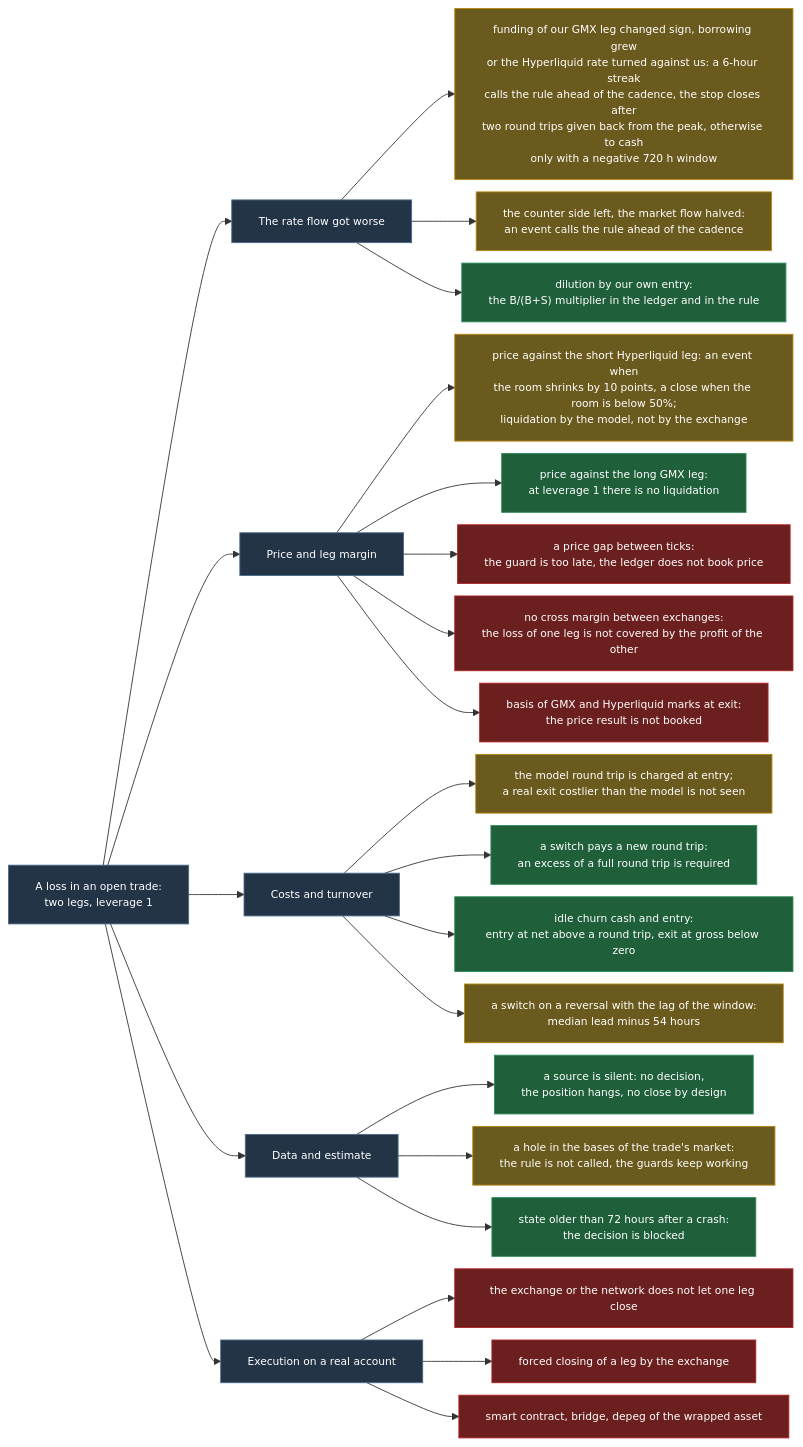
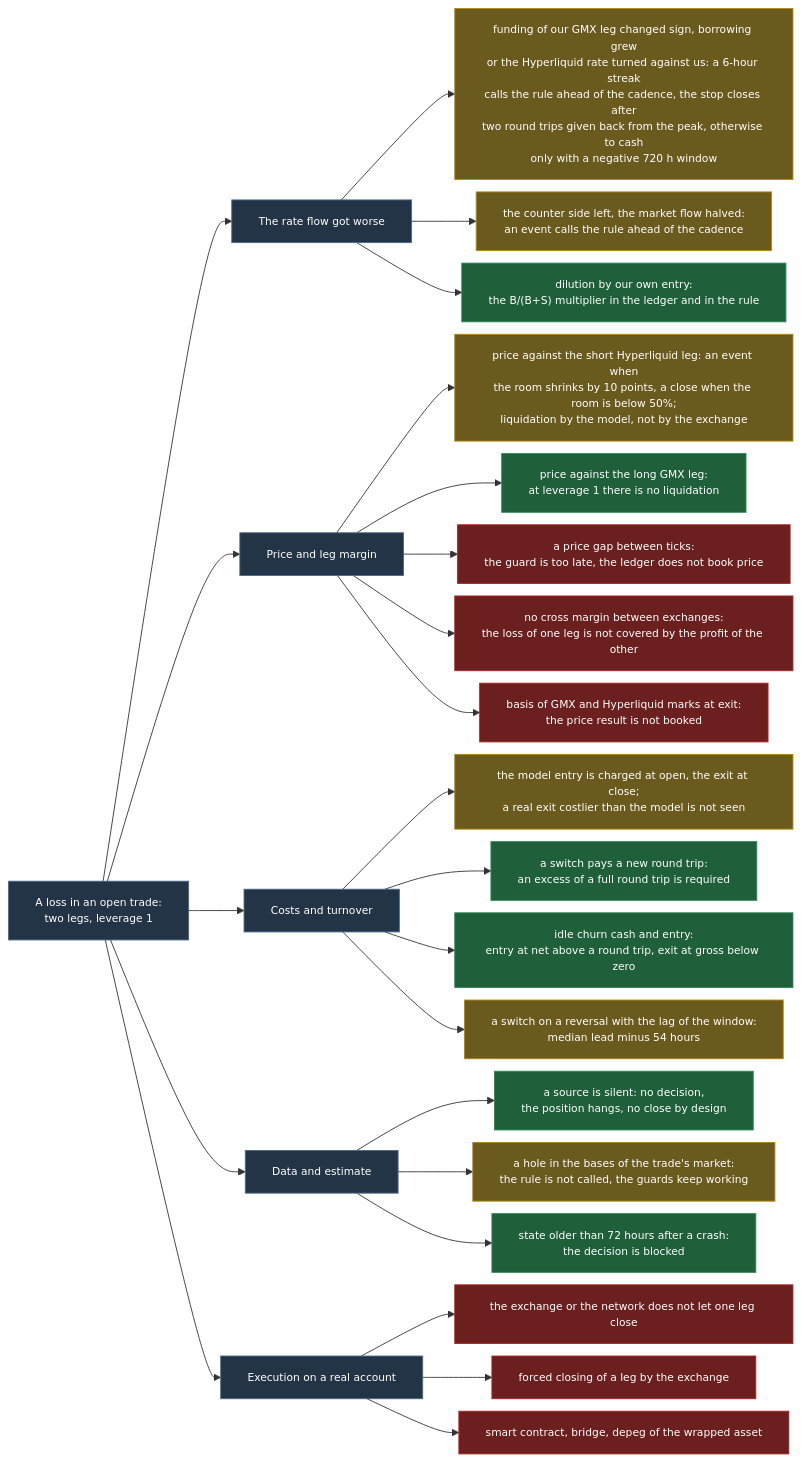
One commit to hamiltonalex/botLab changed the eighth of 8 diagrams in botLab-desktop/docs/bot1-funding-arb-how-it-works.en.md. Above: the diagram before and after it, drawn with Mermaid. The commit also changed other lines of this file and 11 other files, not shown here.

````diff
--- a/botLab-desktop/docs/bot1-funding-arb-how-it-works.en.md
+++ b/botLab-desktop/docs/bot1-funding-arb-how-it-works.en.md
@@ -812,36 +816,36 @@
 ```mermaid
 %%{init: {"themeVariables": {"fontSize": "12px"}, "flowchart": {"nodeSpacing": 14, "rankSpacing": 36, "diagramPadding": 4, "wrappingWidth": 320}}}%%
 flowchart LR
     L["A loss in an open trade:<br/>two legs, leverage 1"]
     L --> A["The rate flow got worse"]
     L --> B["Price and leg margin"]
     L --> C["Costs and turnover"]
     L --> D["Data and estimate"]
     L --> E["Execution on a real account"]
     A --> A1["funding of our GMX leg changed sign, borrowing grew<br/>or the Hyperliquid rate turned against us: a 6-hour streak<br/>calls the rule ahead of the cadence, the stop closes after<br/>two round trips given back from the peak, otherwise to cash<br/>only with a negative 720 h window"]
     A --> A2["the counter side left, the market flow halved:<br/>an event calls the rule ahead of the cadence"]
     A --> A3["dilution by our own entry:<br/>the B/(B+S) multiplier in the ledger and in the rule"]
     B --> B1["price against the short Hyperliquid leg: an event when<br/>the room shrinks by 10 points, a close when the room is below 50%;<br/>liquidation by the model, not by the exchange"]
     B --> B2["price against the long GMX leg:<br/>at leverage 1 there is no liquidation"]
     B --> B3["a price gap between ticks:<br/>the guard is too late, the ledger does not book price"]
     B --> B4["no cross margin between exchanges:<br/>the loss of one leg is not covered by the profit of the other"]
     B --> B5["basis of GMX and Hyperliquid marks at exit:<br/>the price result is not booked"]
-    C --> C1["the model round trip is charged at entry;<br/>a real exit costlier than the model is not seen"]
+    C --> C1["the model entry is charged at open, the exit at close;<br/>a real exit costlier than the model is not seen"]
     C --> C2["a switch pays a new round trip:<br/>an excess of a full round trip is required"]
     C --> C3["idle churn cash and entry:<br/>entry at net above a round trip, exit at gross below zero"]
     C --> C4["a switch on a reversal with the lag of the window:<br/>median lead minus 54 hours"]
     D --> D1["a source is silent: no decision,<br/>the position hangs, no close by design"]
     D --> D2["a hole in the bases of the trade's market:<br/>the rule is not called, the guards keep working"]
     D --> D3["state older than 72 hours after a crash:<br/>the decision is blocked"]
     E --> E1["the exchange or the network does not let one leg close"]
     E --> E2["forced closing of a leg by the exchange"]
     E --> E3["smart contract, bridge, depeg of the wrapped asset"]
     classDef ok fill:#1f5f3a,color:#fff,stroke:#2e8b57
     classDef part fill:#6b5a1e,color:#fff,stroke:#b8860b
     classDef none fill:#6b1f1f,color:#fff,stroke:#b22222
     classDef hub fill:#243447,color:#fff,stroke:#4a6a8a
     class L,A,B,C,D,E hub
     class A3,B2,C2,C3,D1,D3 ok
     class A1,A2,B1,C1,C4,D2 part
     class B3,B4,B5,E1,E2,E3 none
 ```
````
